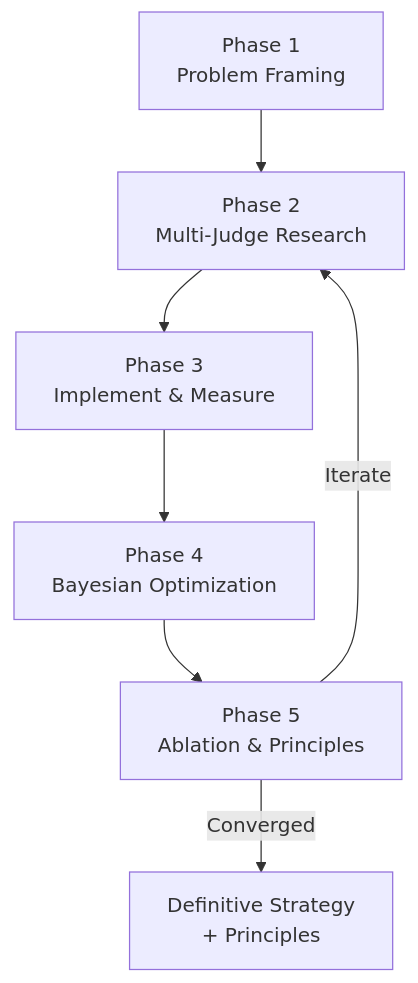
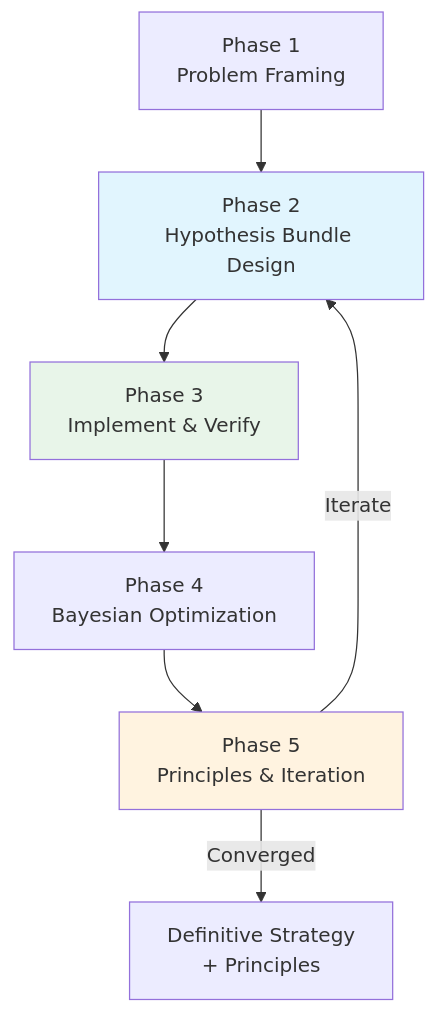
The first of 7 diagrams in docs/methodology/strategy-evolution.md (inference-sim/inference-sim), drawn with Mermaid before and after one commit. The commit also changed other lines of this file and 5 other files, not shown here.

First line of the commit message:
docs(methodology): hypothesis bundle concept for Strategy Evolution (#468) (#470)

````diff
--- a/docs/methodology/strategy-evolution.md
+++ b/docs/methodology/strategy-evolution.md
@@ -13,9 +15,13 @@
 ```mermaid
 flowchart TD
-    P1["Phase 1<br/>Problem Framing"] --> P2["Phase 2<br/>Multi-Judge Research"]
-    P2 --> P3["Phase 3<br/>Implement & Measure"]
+    P1["Phase 1<br/>Problem Framing"] --> P2["Phase 2<br/>Hypothesis Bundle Design"]
+    P2 --> P3["Phase 3<br/>Implement & Verify"]
     P3 --> P4["Phase 4<br/>Bayesian Optimization"]
-    P4 --> P5["Phase 5<br/>Ablation & Principles"]
+    P4 --> P5["Phase 5<br/>Principles & Iteration"]
     P5 -->|Iterate| P2
     P5 -->|Converged| Done["Definitive Strategy<br/>+ Principles"]
+
+    style P2 fill:#e1f5fe
+    style P3 fill:#e8f5e9
+    style P5 fill:#fff3e0
 ```
````
